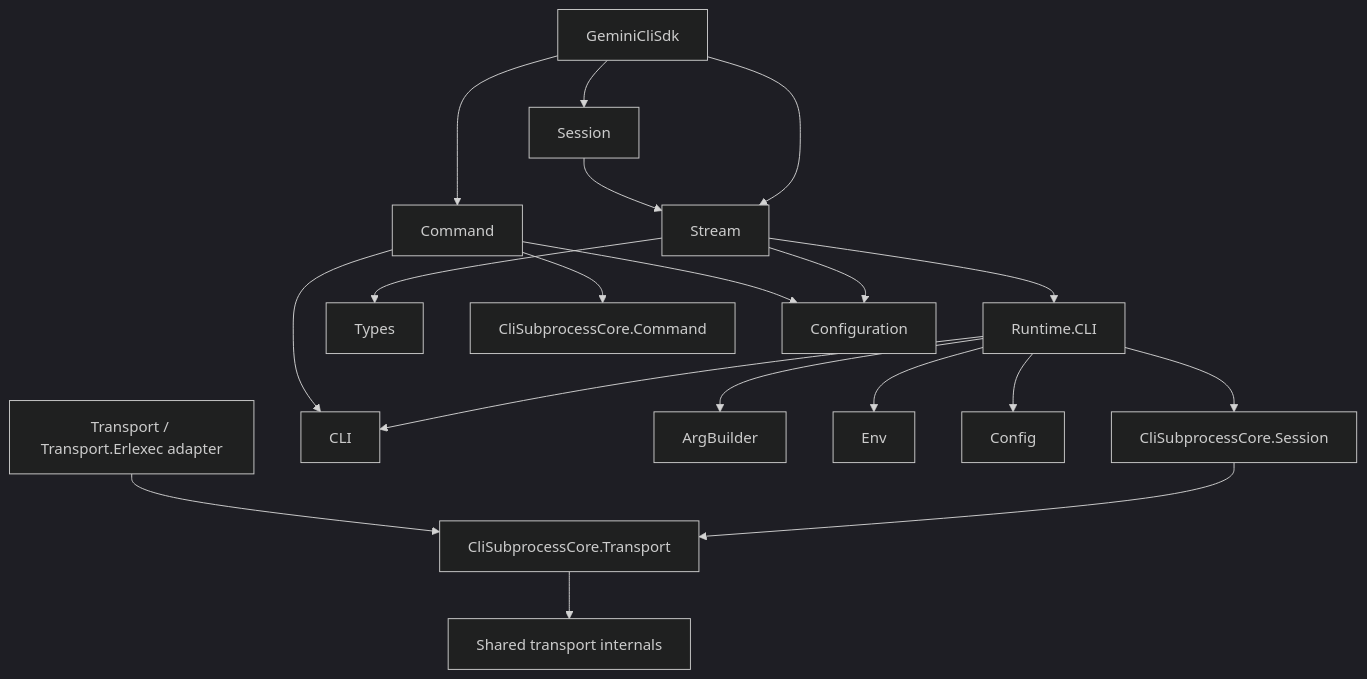
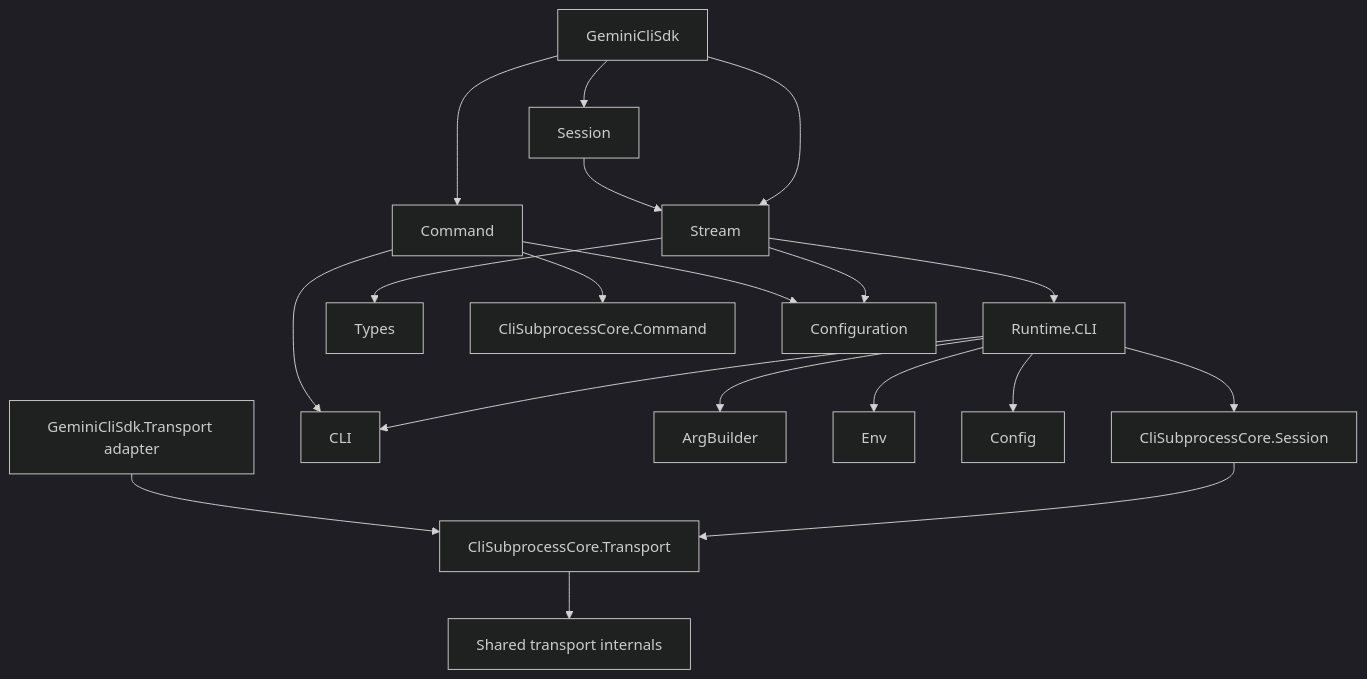
One commit to nshkrdotcom/gemini_cli_sdk changed the diagram in guides/architecture.md. Above: the diagram before and after it, drawn with Mermaid (dark theme). The commit also changed other lines of this file and 9 other files, not shown here.

First line of the commit message:
gemini_cli_sdk: remove backend-labeled transport surface naming

````diff
--- a/guides/architecture.md
+++ b/guides/architecture.md
@@ -7,21 +7,21 @@
 ```mermaid
 graph TD
     A[GeminiCliSdk] --> B[Stream]
     A --> C[Command]
     A --> D[Session]
     B --> E[Runtime.CLI]
     E --> F[CliSubprocessCore.Session]
     F --> G[CliSubprocessCore.Transport]
     G --> H[Shared transport internals]
     E --> I[CLI]
     E --> J[ArgBuilder]
     E --> K[Env]
     E --> L[Config]
     B --> M[Types]
     C --> Q[CliSubprocessCore.Command]
     C --> I
     B --> O[Configuration]
     C --> O
     D --> B
-    P[Transport / Transport.Erlexec adapter] --> G
+    P[GeminiCliSdk.Transport adapter] --> G
 ```
````
